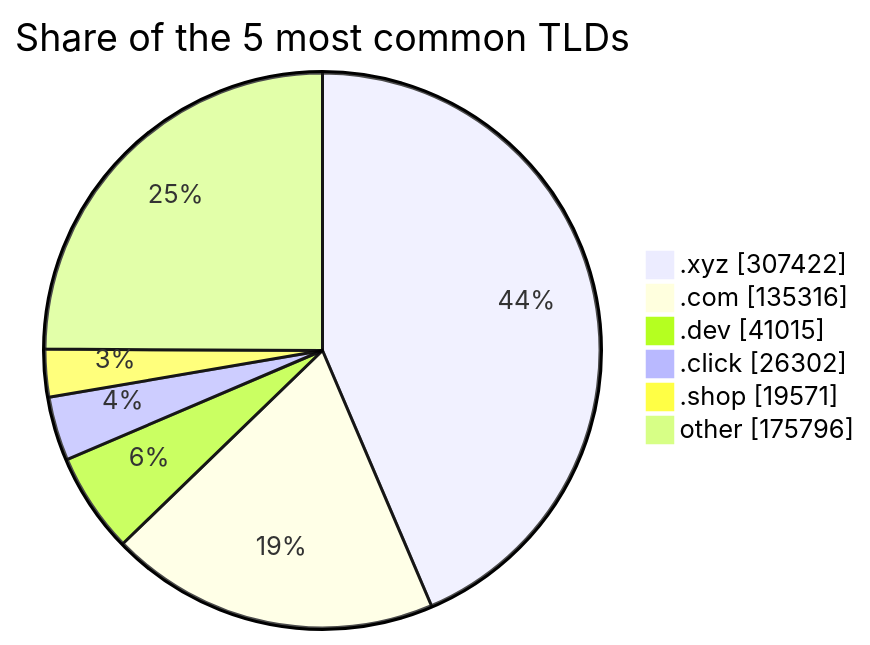
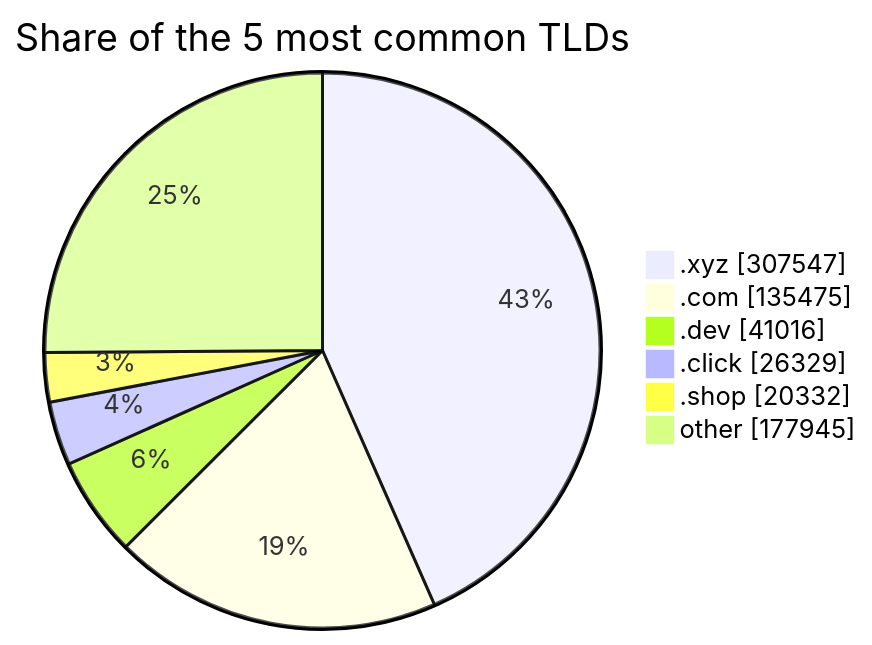
The third of 3 diagrams in README.md (DNSBunker/CTI), drawn with Mermaid before and after one commit. The commit also changed other lines of this file and 3 other files, not shown here.

````diff
--- a/README.md
+++ b/README.md
@@ -81,9 +81,9 @@
 ```mermaid
 pie showData title Share of the 5 most common TLDs
-    ".xyz" : 307422
-    ".com" : 135316
-    ".dev" : 41015
-    ".click" : 26302
-    ".shop" : 19571
-    "other" : 175796
+    ".xyz" : 307547
+    ".com" : 135475
+    ".dev" : 41016
+    ".click" : 26329
+    ".shop" : 20332
+    "other" : 177945
 ```
````
